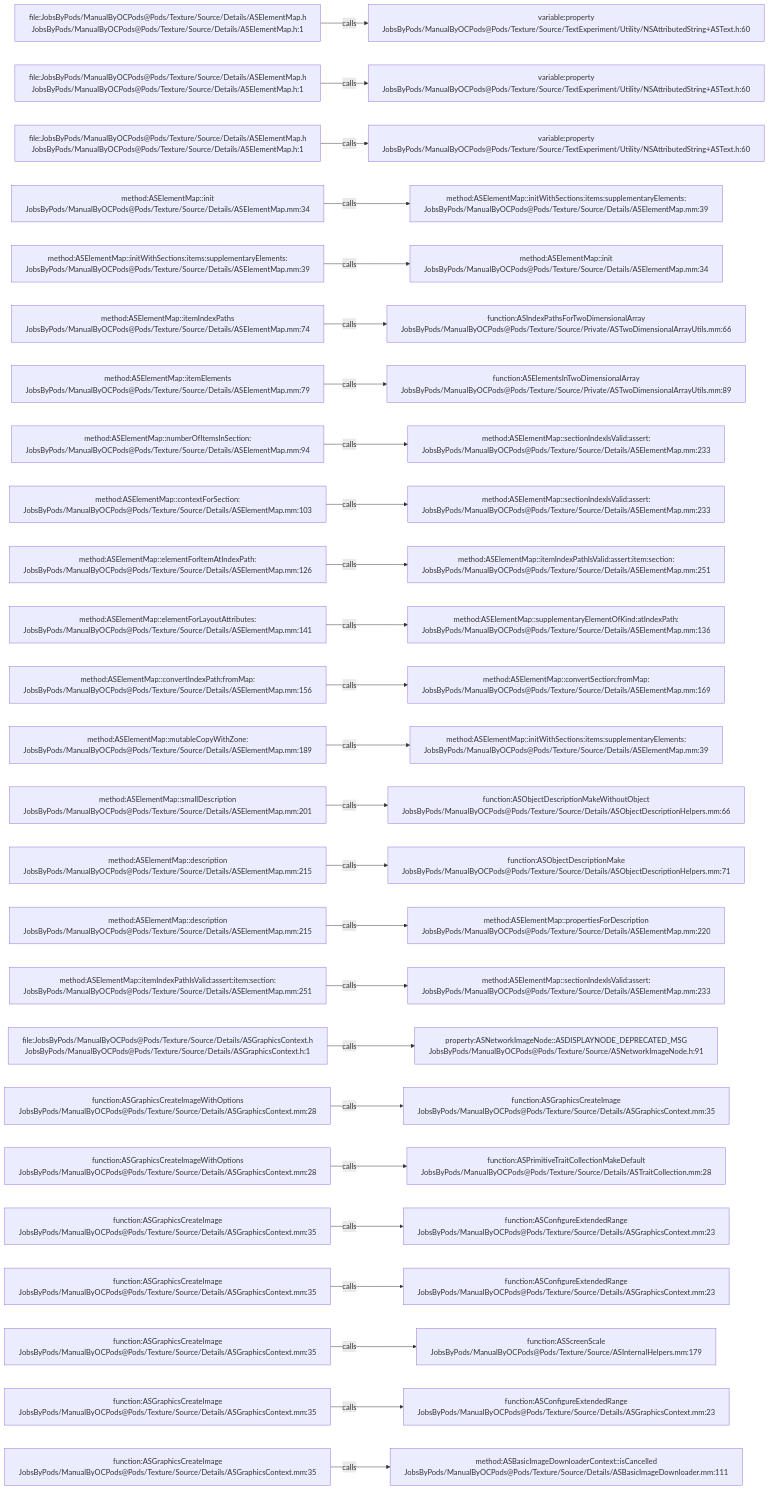
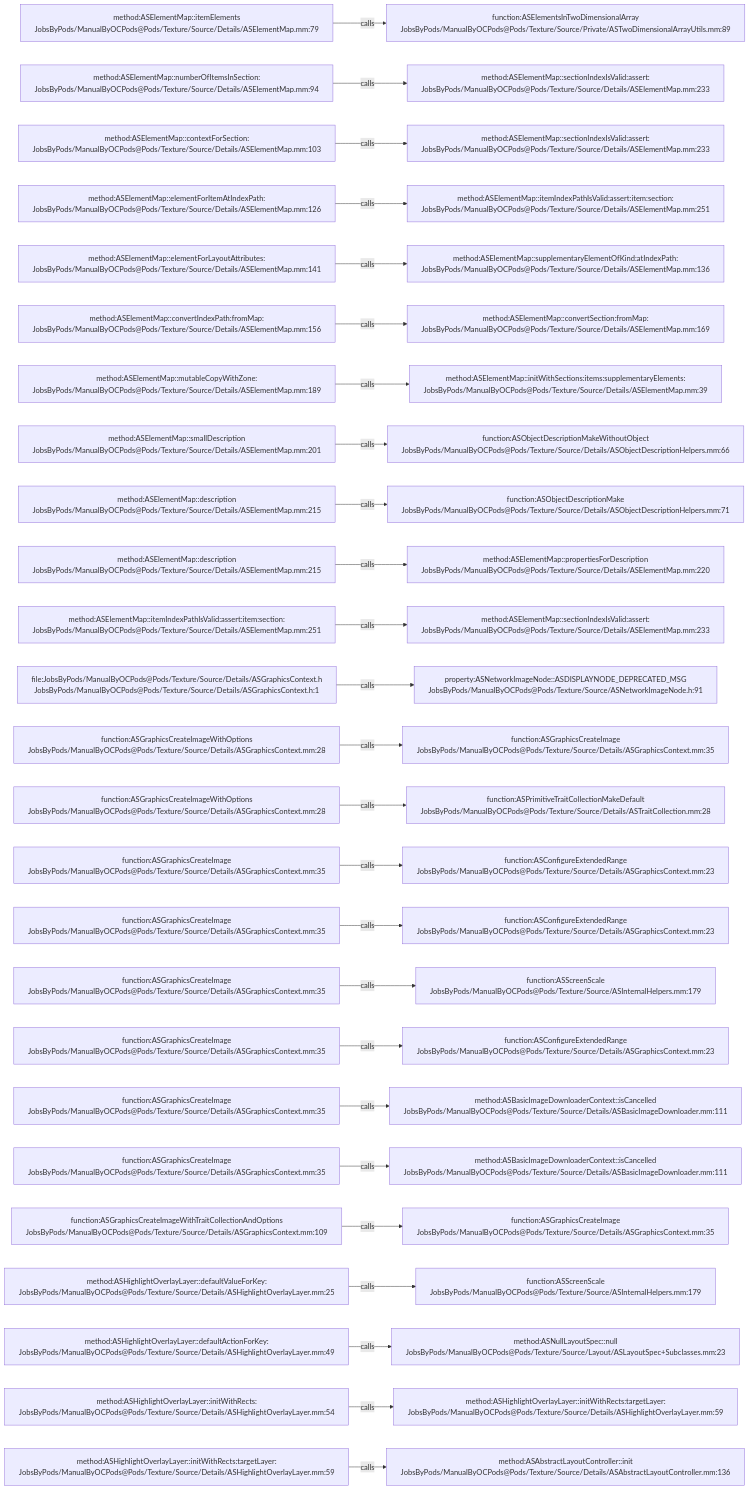
The diagram in .codegraph/codegraph.md/graphs/calls-149.md (JobsKits/JobsOCBaseConfigDemo), drawn with Mermaid before and after one commit. The commit also changed 666 other files, not shown here.

````diff
--- a/.codegraph/codegraph.md/graphs/calls-149.md
+++ b/.codegraph/codegraph.md/graphs/calls-149.md
@@ -13,78 +13,78 @@
 ```mermaid
 flowchart LR
-  S1["file:JobsByPods/ManualByOCPods@Pods/Texture/Source/Details/ASElementMap.h<br/>JobsByPods/ManualByOCPods@Pods/Texture/Source/Details/ASElementMap.h:1"]
-  T1["variable:property<br/>JobsByPods/ManualByOCPods@Pods/Texture/Source/TextExperiment/Utility/NSAttributedString+ASText.h:60"]
+  S1["method:ASElementMap::itemElements<br/>JobsByPods/ManualByOCPods@Pods/Texture/Source/Details/ASElementMap.mm:79"]
+  T1["function:ASElementsInTwoDimensionalArray<br/>JobsByPods/ManualByOCPods@Pods/Texture/Source/Private/ASTwoDimensionalArrayUtils.mm:89"]
   S1 -->|calls| T1
-  S2["file:JobsByPods/ManualByOCPods@Pods/Texture/Source/Details/ASElementMap.h<br/>JobsByPods/ManualByOCPods@Pods/Texture/Source/Details/ASElementMap.h:1"]
-  T2["variable:property<br/>JobsByPods/ManualByOCPods@Pods/Texture/Source/TextExperiment/Utility/NSAttributedString+ASText.h:60"]
+  S2["method:ASElementMap::numberOfItemsInSection:<br/>JobsByPods/ManualByOCPods@Pods/Texture/Source/Details/ASElementMap.mm:94"]
+  T2["method:ASElementMap::sectionIndexIsValid:assert:<br/>JobsByPods/ManualByOCPods@Pods/Texture/Source/Details/ASElementMap.mm:233"]
   S2 -->|calls| T2
-  S3["file:JobsByPods/ManualByOCPods@Pods/Texture/Source/Details/ASElementMap.h<br/>JobsByPods/ManualByOCPods@Pods/Texture/Source/Details/ASElementMap.h:1"]
-  T3["variable:property<br/>JobsByPods/ManualByOCPods@Pods/Texture/Source/TextExperiment/Utility/NSAttributedString+ASText.h:60"]
+  S3["method:ASElementMap::contextForSection:<br/>JobsByPods/ManualByOCPods@Pods/Texture/Source/Details/ASElementMap.mm:103"]
+  T3["method:ASElementMap::sectionIndexIsValid:assert:<br/>JobsByPods/ManualByOCPods@Pods/Texture/Source/Details/ASElementMap.mm:233"]
   S3 -->|calls| T3
-  S4["method:ASElementMap::init<br/>JobsByPods/ManualByOCPods@Pods/Texture/Source/Details/ASElementMap.mm:34"]
-  T4["method:ASElementMap::initWithSections:items:supplementaryElements:<br/>JobsByPods/ManualByOCPods@Pods/Texture/Source/Details/ASElementMap.mm:39"]
+  S4["method:ASElementMap::elementForItemAtIndexPath:<br/>JobsByPods/ManualByOCPods@Pods/Texture/Source/Details/ASElementMap.mm:126"]
+  T4["method:ASElementMap::itemIndexPathIsValid:assert:item:section:<br/>JobsByPods/ManualByOCPods@Pods/Texture/Source/Details/ASElementMap.mm:251"]
   S4 -->|calls| T4
-  S5["method:ASElementMap::initWithSections:items:supplementaryElements:<br/>JobsByPods/ManualByOCPods@Pods/Texture/Source/Details/ASElementMap.mm:39"]
-  T5["method:ASElementMap::init<br/>JobsByPods/ManualByOCPods@Pods/Texture/Source/Details/ASElementMap.mm:34"]
+  S5["method:ASElementMap::elementForLayoutAttributes:<br/>JobsByPods/ManualByOCPods@Pods/Texture/Source/Details/ASElementMap.mm:141"]
+  T5["method:ASElementMap::supplementaryElementOfKind:atIndexPath:<br/>JobsByPods/ManualByOCPods@Pods/Texture/Source/Details/ASElementMap.mm:136"]
   S5 -->|calls| T5
-  S6["method:ASElementMap::itemIndexPaths<br/>JobsByPods/ManualByOCPods@Pods/Texture/Source/Details/ASElementMap.mm:74"]
-  T6["function:ASIndexPathsForTwoDimensionalArray<br/>JobsByPods/ManualByOCPods@Pods/Texture/Source/Private/ASTwoDimensionalArrayUtils.mm:66"]
+  S6["method:ASElementMap::convertIndexPath:fromMap:<br/>JobsByPods/ManualByOCPods@Pods/Texture/Source/Details/ASElementMap.mm:156"]
+  T6["method:ASElementMap::convertSection:fromMap:<br/>JobsByPods/ManualByOCPods@Pods/Texture/Source/Details/ASElementMap.mm:169"]
   S6 -->|calls| T6
-  S7["method:ASElementMap::itemElements<br/>JobsByPods/ManualByOCPods@Pods/Texture/Source/Details/ASElementMap.mm:79"]
-  T7["function:ASElementsInTwoDimensionalArray<br/>JobsByPods/ManualByOCPods@Pods/Texture/Source/Private/ASTwoDimensionalArrayUtils.mm:89"]
+  S7["method:ASElementMap::mutableCopyWithZone:<br/>JobsByPods/ManualByOCPods@Pods/Texture/Source/Details/ASElementMap.mm:189"]
+  T7["method:ASElementMap::initWithSections:items:supplementaryElements:<br/>JobsByPods/ManualByOCPods@Pods/Texture/Source/Details/ASElementMap.mm:39"]
   S7 -->|calls| T7
-  S8["method:ASElementMap::numberOfItemsInSection:<br/>JobsByPods/ManualByOCPods@Pods/Texture/Source/Details/ASElementMap.mm:94"]
-  T8["method:ASElementMap::sectionIndexIsValid:assert:<br/>JobsByPods/ManualByOCPods@Pods/Texture/Source/Details/ASElementMap.mm:233"]
+  S8["method:ASElementMap::smallDescription<br/>JobsByPods/ManualByOCPods@Pods/Texture/Source/Details/ASElementMap.mm:201"]
+  T8["function:ASObjectDescriptionMakeWithoutObject<br/>JobsByPods/ManualByOCPods@Pods/Texture/Source/Details/ASObjectDescriptionHelpers.mm:66"]
   S8 -->|calls| T8
-  S9["method:ASElementMap::contextForSection:<br/>JobsByPods/ManualByOCPods@Pods/Texture/Source/Details/ASElementMap.mm:103"]
-  T9["method:ASElementMap::sectionIndexIsValid:assert:<br/>JobsByPods/ManualByOCPods@Pods/Texture/Source/Details/ASElementMap.mm:233"]
+  S9["method:ASElementMap::description<br/>JobsByPods/ManualByOCPods@Pods/Texture/Source/Details/ASElementMap.mm:215"]
+  T9["function:ASObjectDescriptionMake<br/>JobsByPods/ManualByOCPods@Pods/Texture/Source/Details/ASObjectDescriptionHelpers.mm:71"]
   S9 -->|calls| T9
-  S10["method:ASElementMap::elementForItemAtIndexPath:<br/>JobsByPods/ManualByOCPods@Pods/Texture/Source/Details/ASElementMap.mm:126"]
-  T10["method:ASElementMap::itemIndexPathIsValid:assert:item:section:<br/>JobsByPods/ManualByOCPods@Pods/Texture/Source/Details/ASElementMap.mm:251"]
+  S10["method:ASElementMap::description<br/>JobsByPods/ManualByOCPods@Pods/Texture/Source/Details/ASElementMap.mm:215"]
+  T10["method:ASElementMap::propertiesForDescription<br/>JobsByPods/ManualByOCPods@Pods/Texture/Source/Details/ASElementMap.mm:220"]
   S10 -->|calls| T10
-  S11["method:ASElementMap::elementForLayoutAttributes:<br/>JobsByPods/ManualByOCPods@Pods/Texture/Source/Details/ASElementMap.mm:141"]
-  T11["method:ASElementMap::supplementaryElementOfKind:atIndexPath:<br/>JobsByPods/ManualByOCPods@Pods/Texture/Source/Details/ASElementMap.mm:136"]
+  S11["method:ASElementMap::itemIndexPathIsValid:assert:item:section:<br/>JobsByPods/ManualByOCPods@Pods/Texture/Source/Details/ASElementMap.mm:251"]
+  T11["method:ASElementMap::sectionIndexIsValid:assert:<br/>JobsByPods/ManualByOCPods@Pods/Texture/Source/Details/ASElementMap.mm:233"]
   S11 -->|calls| T11
-  S12["method:ASElementMap::convertIndexPath:fromMap:<br/>JobsByPods/ManualByOCPods@Pods/Texture/Source/Details/ASElementMap.mm:156"]
-  T12["method:ASElementMap::convertSection:fromMap:<br/>JobsByPods/ManualByOCPods@Pods/Texture/Source/Details/ASElementMap.mm:169"]
+  S12["file:JobsByPods/ManualByOCPods@Pods/Texture/Source/Details/ASGraphicsContext.h<br/>JobsByPods/ManualByOCPods@Pods/Texture/Source/Details/ASGraphicsContext.h:1"]
+  T12["property:ASNetworkImageNode::ASDISPLAYNODE_DEPRECATED_MSG<br/>JobsByPods/ManualByOCPods@Pods/Texture/Source/ASNetworkImageNode.h:91"]
   S12 -->|calls| T12
-  S13["method:ASElementMap::mutableCopyWithZone:<br/>JobsByPods/ManualByOCPods@Pods/Texture/Source/Details/ASElementMap.mm:189"]
-  T13["method:ASElementMap::initWithSections:items:supplementaryElements:<br/>JobsByPods/ManualByOCPods@Pods/Texture/Source/Details/ASElementMap.mm:39"]
+  S13["function:ASGraphicsCreateImageWithOptions<br/>JobsByPods/ManualByOCPods@Pods/Texture/Source/Details/ASGraphicsContext.mm:28"]
+  T13["function:ASGraphicsCreateImage<br/>JobsByPods/ManualByOCPods@Pods/Texture/Source/Details/ASGraphicsContext.mm:35"]
   S13 -->|calls| T13
-  S14["method:ASElementMap::smallDescription<br/>JobsByPods/ManualByOCPods@Pods/Texture/Source/Details/ASElementMap.mm:201"]
-  T14["function:ASObjectDescriptionMakeWithoutObject<br/>JobsByPods/ManualByOCPods@Pods/Texture/Source/Details/ASObjectDescriptionHelpers.mm:66"]
+  S14["function:ASGraphicsCreateImageWithOptions<br/>JobsByPods/ManualByOCPods@Pods/Texture/Source/Details/ASGraphicsContext.mm:28"]
+  T14["function:ASPrimitiveTraitCollectionMakeDefault<br/>JobsByPods/ManualByOCPods@Pods/Texture/Source/Details/ASTraitCollection.mm:28"]
   S14 -->|calls| T14
-  S15["method:ASElementMap::description<br/>JobsByPods/ManualByOCPods@Pods/Texture/Source/Details/ASElementMap.mm:215"]
-  T15["function:ASObjectDescriptionMake<br/>JobsByPods/ManualByOCPods@Pods/Texture/Source/Details/ASObjectDescriptionHelpers.mm:71"]
+  S15["function:ASGraphicsCreateImage<br/>JobsByPods/ManualByOCPods@Pods/Texture/Source/Details/ASGraphicsContext.mm:35"]
+  T15["function:ASConfigureExtendedRange<br/>JobsByPods/ManualByOCPods@Pods/Texture/Source/Details/ASGraphicsContext.mm:23"]
   S15 -->|calls| T15
-  S16["method:ASElementMap::description<br/>JobsByPods/ManualByOCPods@Pods/Texture/Source/Details/ASElementMap.mm:215"]
-  T16["method:ASElementMap::propertiesForDescription<br/>JobsByPods/ManualByOCPods@Pods/Texture/Source/Details/ASElementMap.mm:220"]
+  S16["function:ASGraphicsCreateImage<br/>JobsByPods/ManualByOCPods@Pods/Texture/Source/Details/ASGraphicsContext.mm:35"]
+  T16["function:ASConfigureExtendedRange<br/>JobsByPods/ManualByOCPods@Pods/Texture/Source/Details/ASGraphicsContext.mm:23"]
   S16 -->|calls| T16
-  S17["method:ASElementMap::itemIndexPathIsValid:assert:item:section:<br/>JobsByPods/ManualByOCPods@Pods/Texture/Source/Details/ASElementMap.mm:251"]
-  T17["method:ASElementMap::sectionIndexIsValid:assert:<br/>JobsByPods/ManualByOCPods@Pods/Texture/Source/Details/ASElementMap.mm:233"]
+  S17["function:ASGraphicsCreateImage<br/>JobsByPods/ManualByOCPods@Pods/Texture/Source/Details/ASGraphicsContext.mm:35"]
+  T17["function:ASScreenScale<br/>JobsByPods/ManualByOCPods@Pods/Texture/Source/ASInternalHelpers.mm:179"]
   S17 -->|calls| T17
-  S18["file:JobsByPods/ManualByOCPods@Pods/Texture/Source/Details/ASGraphicsContext.h<br/>JobsByPods/ManualByOCPods@Pods/Texture/Source/Details/ASGraphicsContext.h:1"]
-  T18["property:ASNetworkImageNode::ASDISPLAYNODE_DEPRECATED_MSG<br/>JobsByPods/ManualByOCPods@Pods/Texture/Source/ASNetworkImageNode.h:91"]
+  S18["function:ASGraphicsCreateImage<br/>JobsByPods/ManualByOCPods@Pods/Texture/Source/Details/ASGraphicsContext.mm:35"]
+  T18["function:ASConfigureExtendedRange<br/>JobsByPods/ManualByOCPods@Pods/Texture/Source/Details/ASGraphicsContext.mm:23"]
   S18 -->|calls| T18
-  S19["function:ASGraphicsCreateImageWithOptions<br/>JobsByPods/ManualByOCPods@Pods/Texture/Source/Details/ASGraphicsContext.mm:28"]
-  T19["function:ASGraphicsCreateImage<br/>JobsByPods/ManualByOCPods@Pods/Texture/Source/Details/ASGraphicsContext.mm:35"]
+  S19["function:ASGraphicsCreateImage<br/>JobsByPods/ManualByOCPods@Pods/Texture/Source/Details/ASGraphicsContext.mm:35"]
+  T19["method:ASBasicImageDownloaderContext::isCancelled<br/>JobsByPods/ManualByOCPods@Pods/Texture/Source/Details/ASBasicImageDownloader.mm:111"]
   S19 -->|calls| T19
-  S20["function:ASGraphicsCreateImageWithOptions<br/>JobsByPods/ManualByOCPods@Pods/Texture/Source/Details/ASGraphicsContext.mm:28"]
-  T20["function:ASPrimitiveTraitCollectionMakeDefault<br/>JobsByPods/ManualByOCPods@Pods/Texture/Source/Details/ASTraitCollection.mm:28"]
+  S20["function:ASGraphicsCreateImage<br/>JobsByPods/ManualByOCPods@Pods/Texture/Source/Details/ASGraphicsContext.mm:35"]
+  T20["method:ASBasicImageDownloaderContext::isCancelled<br/>JobsByPods/ManualByOCPods@Pods/Texture/Source/Details/ASBasicImageDownloader.mm:111"]
   S20 -->|calls| T20
-  S21["function:ASGraphicsCreateImage<br/>JobsByPods/ManualByOCPods@Pods/Texture/Source/Details/ASGraphicsContext.mm:35"]
-  T21["function:ASConfigureExtendedRange<br/>JobsByPods/ManualByOCPods@Pods/Texture/Source/Details/ASGraphicsContext.mm:23"]
+  S21["function:ASGraphicsCreateImageWithTraitCollectionAndOptions<br/>JobsByPods/ManualByOCPods@Pods/Texture/Source/Details/ASGraphicsContext.mm:109"]
+  T21["function:ASGraphicsCreateImage<br/>JobsByPods/ManualByOCPods@Pods/Texture/Source/Details/ASGraphicsContext.mm:35"]
   S21 -->|calls| T21
-  S22["function:ASGraphicsCreateImage<br/>JobsByPods/ManualByOCPods@Pods/Texture/Source/Details/ASGraphicsContext.mm:35"]
-  T22["function:ASConfigureExtendedRange<br/>JobsByPods/ManualByOCPods@Pods/Texture/Source/Details/ASGraphicsContext.mm:23"]
+  S22["method:ASHighlightOverlayLayer::defaultValueForKey:<br/>JobsByPods/ManualByOCPods@Pods/Texture/Source/Details/ASHighlightOverlayLayer.mm:25"]
+  T22["function:ASScreenScale<br/>JobsByPods/ManualByOCPods@Pods/Texture/Source/ASInternalHelpers.mm:179"]
   S22 -->|calls| T22
-  S23["function:ASGraphicsCreateImage<br/>JobsByPods/ManualByOCPods@Pods/Texture/Source/Details/ASGraphicsContext.mm:35"]
-  T23["function:ASScreenScale<br/>JobsByPods/ManualByOCPods@Pods/Texture/Source/ASInternalHelpers.mm:179"]
+  S23["method:ASHighlightOverlayLayer::defaultActionForKey:<br/>JobsByPods/ManualByOCPods@Pods/Texture/Source/Details/ASHighlightOverlayLayer.mm:49"]
+  T23["method:ASNullLayoutSpec::null<br/>JobsByPods/ManualByOCPods@Pods/Texture/Source/Layout/ASLayoutSpec+Subclasses.mm:23"]
   S23 -->|calls| T23
-  S24["function:ASGraphicsCreateImage<br/>JobsByPods/ManualByOCPods@Pods/Texture/Source/Details/ASGraphicsContext.mm:35"]
-  T24["function:ASConfigureExtendedRange<br/>JobsByPods/ManualByOCPods@Pods/Texture/Source/Details/ASGraphicsContext.mm:23"]
+  S24["method:ASHighlightOverlayLayer::initWithRects:<br/>JobsByPods/ManualByOCPods@Pods/Texture/Source/Details/ASHighlightOverlayLayer.mm:54"]
+  T24["method:ASHighlightOverlayLayer::initWithRects:targetLayer:<br/>JobsByPods/ManualByOCPods@Pods/Texture/Source/Details/ASHighlightOverlayLayer.mm:59"]
   S24 -->|calls| T24
-  S25["function:ASGraphicsCreateImage<br/>JobsByPods/ManualByOCPods@Pods/Texture/Source/Details/ASGraphicsContext.mm:35"]
-  T25["method:ASBasicImageDownloaderContext::isCancelled<br/>JobsByPods/ManualByOCPods@Pods/Texture/Source/Details/ASBasicImageDownloader.mm:111"]
+  S25["method:ASHighlightOverlayLayer::initWithRects:targetLayer:<br/>JobsByPods/ManualByOCPods@Pods/Texture/Source/Details/ASHighlightOverlayLayer.mm:59"]
+  T25["method:ASAbstractLayoutController::init<br/>JobsByPods/ManualByOCPods@Pods/Texture/Source/Details/ASAbstractLayoutController.mm:136"]
   S25 -->|calls| T25
 ```
````
